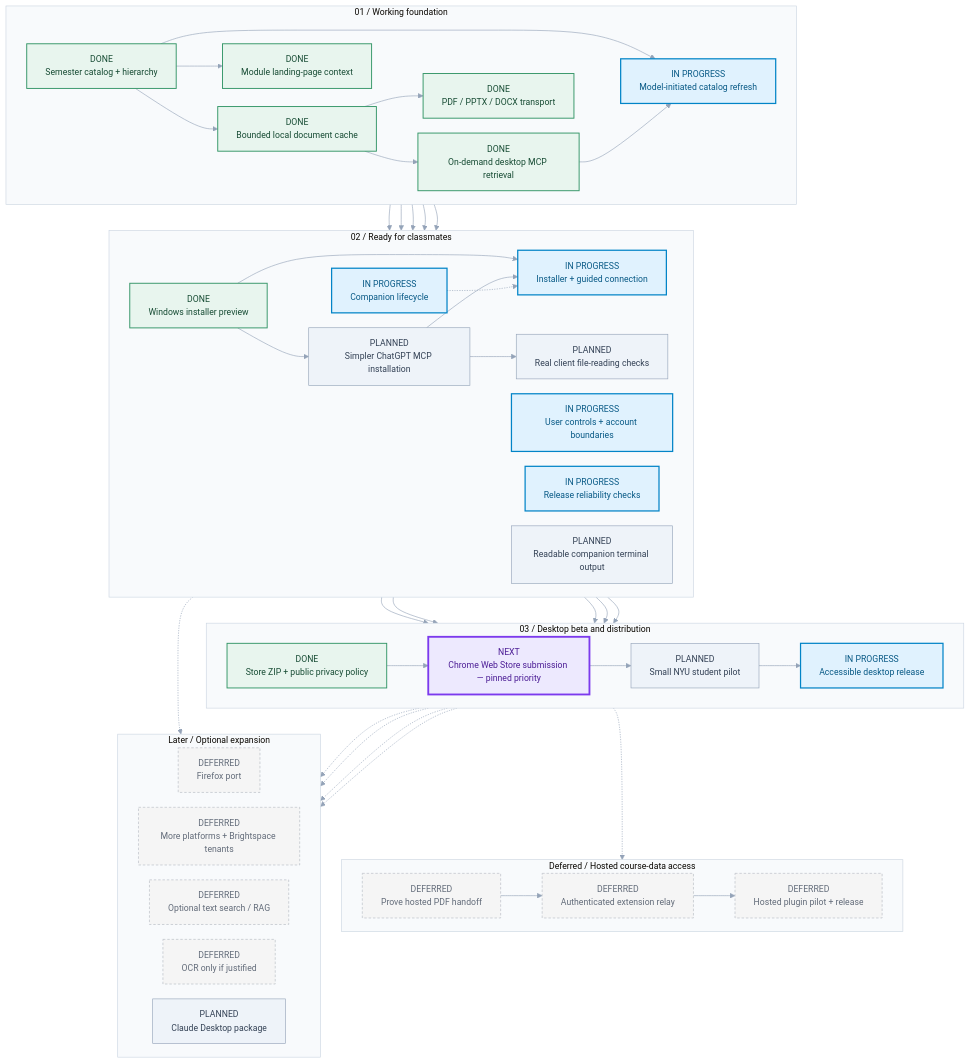
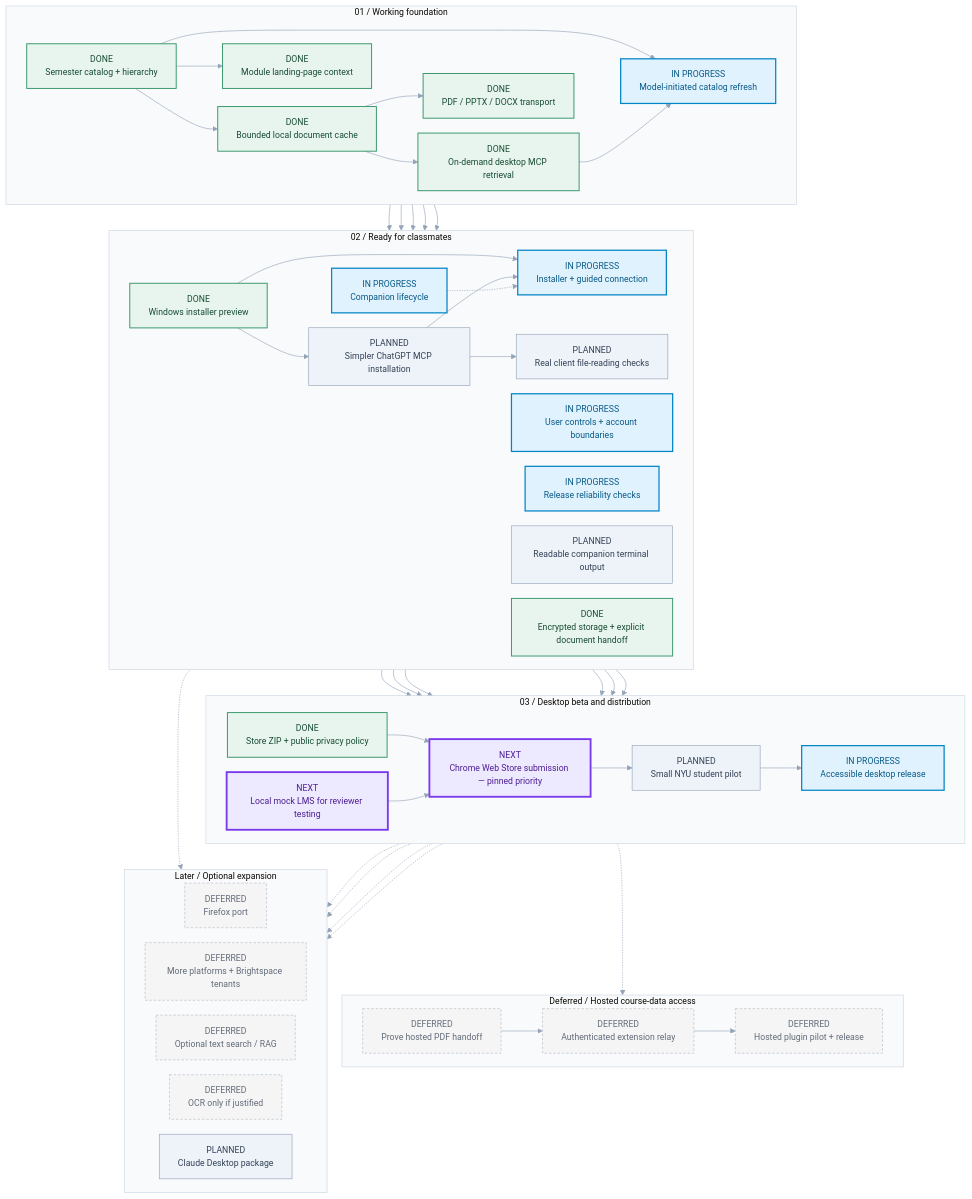
Before and after one commit to khin101wastaken/brightspace-context: the diagram in docs/ROADMAP.md, drawn with Mermaid. The commit also changed other lines of this file and 48 other files, not shown here.

Commit message:
Encrypt local storage and make document exports explicit

```diff
--- a/docs/ROADMAP.md
+++ b/docs/ROADMAP.md
@@ -31,6 +31,7 @@
     m_mcp_install["PLANNED<br/>Simpler ChatGPT MCP installation"]:::planned
     m_file_readers["PLANNED<br/>Real client file-reading checks"]:::planned
     m_terminal_readability["PLANNED<br/>Readable companion terminal output"]:::planned
+    m_encrypted_storage["DONE<br/>Encrypted storage + explicit document handoff"]:::done
   end
   subgraph p_release["03 / Desktop beta and distribution"]
     direction LR
@@ -38,6 +39,7 @@
     m_desktop_release["IN PROGRESS<br/>Accessible desktop release"]:::in_progress
     m_store_assets["DONE<br/>Store ZIP + public privacy policy"]:::done
     m_store_listing["NEXT<br/>Chrome Web Store submission — pinned priority"]:::next
+    m_review_demo["NEXT<br/>Local mock LMS for reviewer testing"]:::next
   end
   subgraph p_web["Deferred / Hosted course-data access"]
     direction LR
@@ -85,6 +87,8 @@
   m_installer -.-> m_claude
   m_catalog --> m_catalog_sync
   m_retrieval --> m_catalog_sync
+  m_encrypted_storage --> m_store_listing
+  m_review_demo --> m_store_listing
   classDef done fill:#e8f5ee,stroke:#319465,color:#164b33,stroke-width:1.5px;
   classDef in_progress fill:#e0f2fe,stroke:#0284c7,color:#075985,stroke-width:2px;
   classDef next fill:#ede9fe,stroke:#7c3aed,color:#4c1d95,stroke-width:3px;
```
